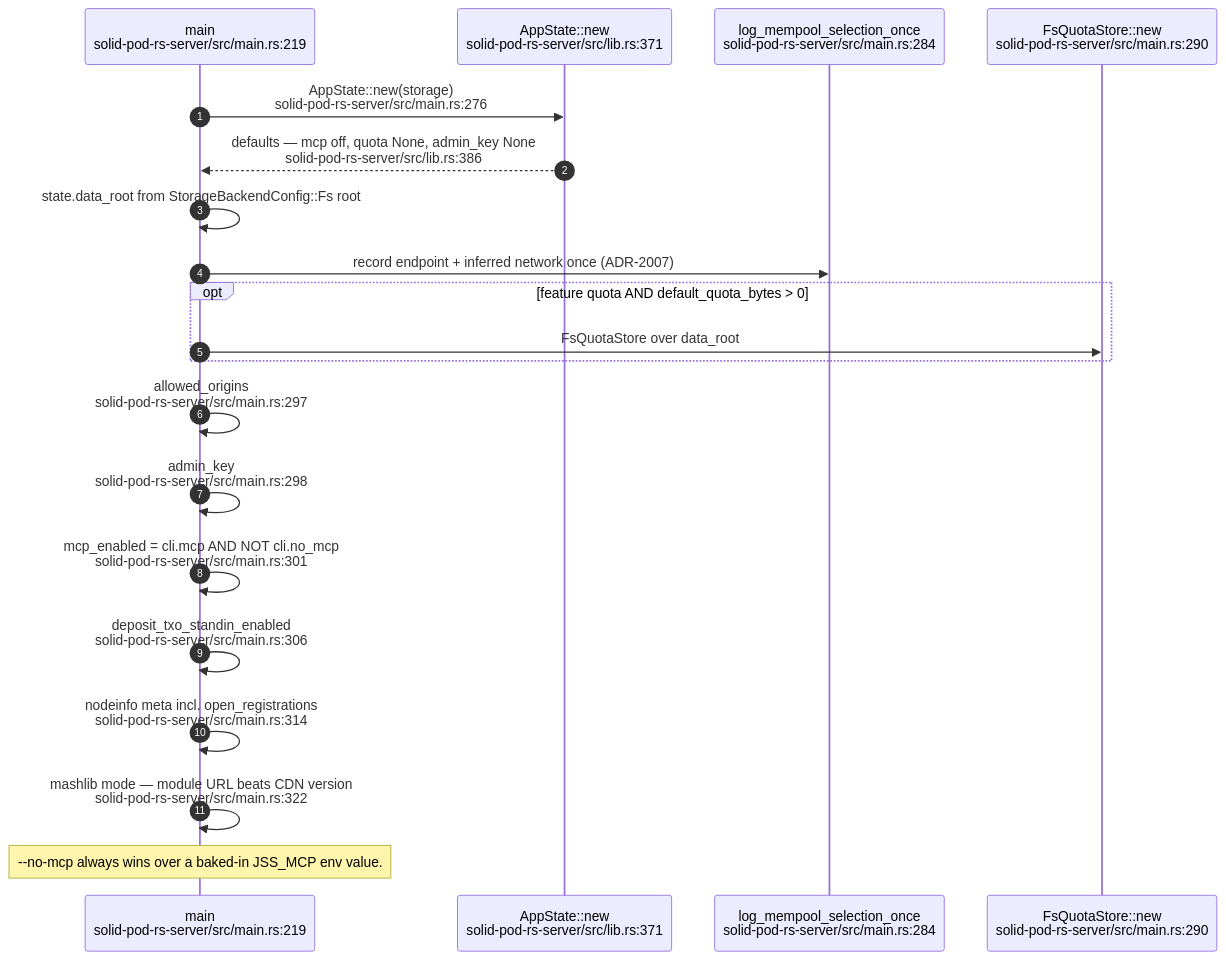
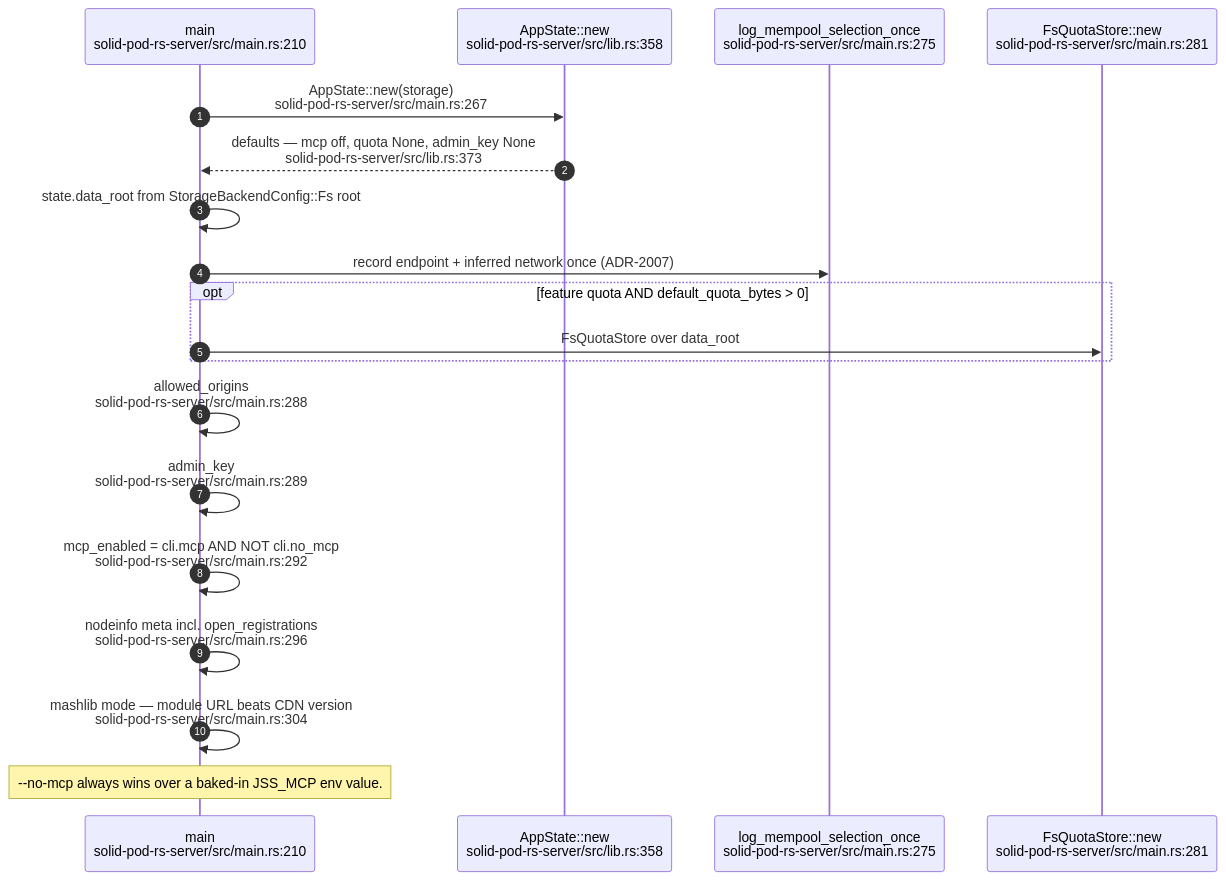
The second of 11 diagrams in docs/diagrams/solid-pod-rs/02-server-boot-and-routes.md (DreamLab-AI/VisionFlow), drawn with Mermaid before and after one commit. The commit also changed other lines of this file and 21 other files, not shown here.

Commit message:
docs(diagrams): refresh first verified estate batch

````diff
--- a/docs/diagrams/solid-pod-rs/02-server-boot-and-routes.md
+++ b/docs/diagrams/solid-pod-rs/02-server-boot-and-routes.md
@@ -58,23 +58,22 @@
 ```mermaid
 sequenceDiagram
     autonumber
-    participant M as main<br/>solid-pod-rs-server/src/main.rs:219
-    participant S as AppState::new<br/>solid-pod-rs-server/src/lib.rs:371
-    participant MP as log_mempool_selection_once<br/>solid-pod-rs-server/src/main.rs:284
-    participant Q as FsQuotaStore::new<br/>solid-pod-rs-server/src/main.rs:290
+    participant M as main<br/>solid-pod-rs-server/src/main.rs:210
+    participant S as AppState::new<br/>solid-pod-rs-server/src/lib.rs:358
+    participant MP as log_mempool_selection_once<br/>solid-pod-rs-server/src/main.rs:275
+    participant Q as FsQuotaStore::new<br/>solid-pod-rs-server/src/main.rs:281
 
-    M->>S: AppState::new(storage)<br/>solid-pod-rs-server/src/main.rs:276
-    S-->>M: defaults — mcp off, quota None, admin_key None<br/>solid-pod-rs-server/src/lib.rs:386
+    M->>S: AppState::new(storage)<br/>solid-pod-rs-server/src/main.rs:267
+    S-->>M: defaults — mcp off, quota None, admin_key None<br/>solid-pod-rs-server/src/lib.rs:373
     M->>M: state.data_root from StorageBackendConfig::Fs root
     M->>MP: record endpoint + inferred network once (ADR-2007)
     opt feature quota AND default_quota_bytes > 0
         M->>Q: FsQuotaStore over data_root
     end
-    M->>M: allowed_origins<br/>solid-pod-rs-server/src/main.rs:297
-    M->>M: admin_key<br/>solid-pod-rs-server/src/main.rs:298
-    M->>M: mcp_enabled = cli.mcp AND NOT cli.no_mcp<br/>solid-pod-rs-server/src/main.rs:301
-    M->>M: deposit_txo_standin_enabled<br/>solid-pod-rs-server/src/main.rs:306
-    M->>M: nodeinfo meta incl. open_registrations<br/>solid-pod-rs-server/src/main.rs:314
-    M->>M: mashlib mode — module URL beats CDN version<br/>solid-pod-rs-server/src/main.rs:322
+    M->>M: allowed_origins<br/>solid-pod-rs-server/src/main.rs:288
+    M->>M: admin_key<br/>solid-pod-rs-server/src/main.rs:289
+    M->>M: mcp_enabled = cli.mcp AND NOT cli.no_mcp<br/>solid-pod-rs-server/src/main.rs:292
+    M->>M: nodeinfo meta incl. open_registrations<br/>solid-pod-rs-server/src/main.rs:296
+    M->>M: mashlib mode — module URL beats CDN version<br/>solid-pod-rs-server/src/main.rs:304
     Note over M: --no-mcp always wins over a baked-in JSS_MCP env value.
 ```
````
